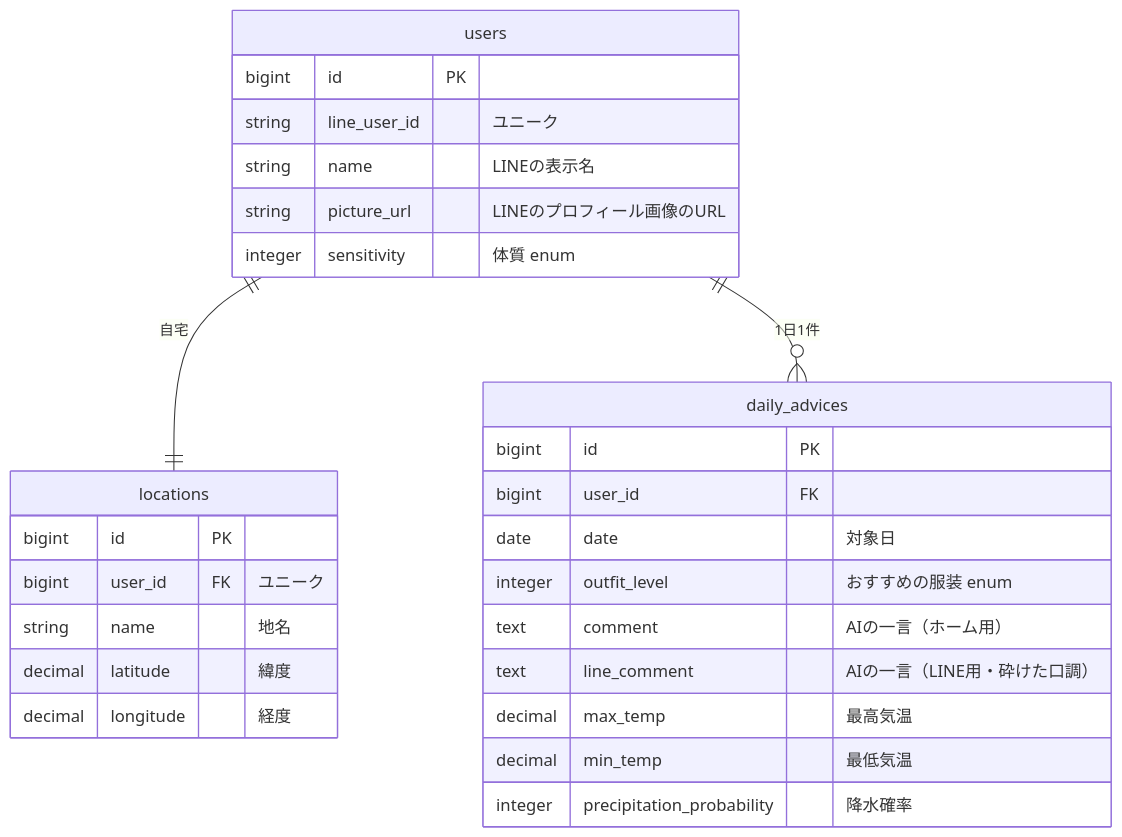
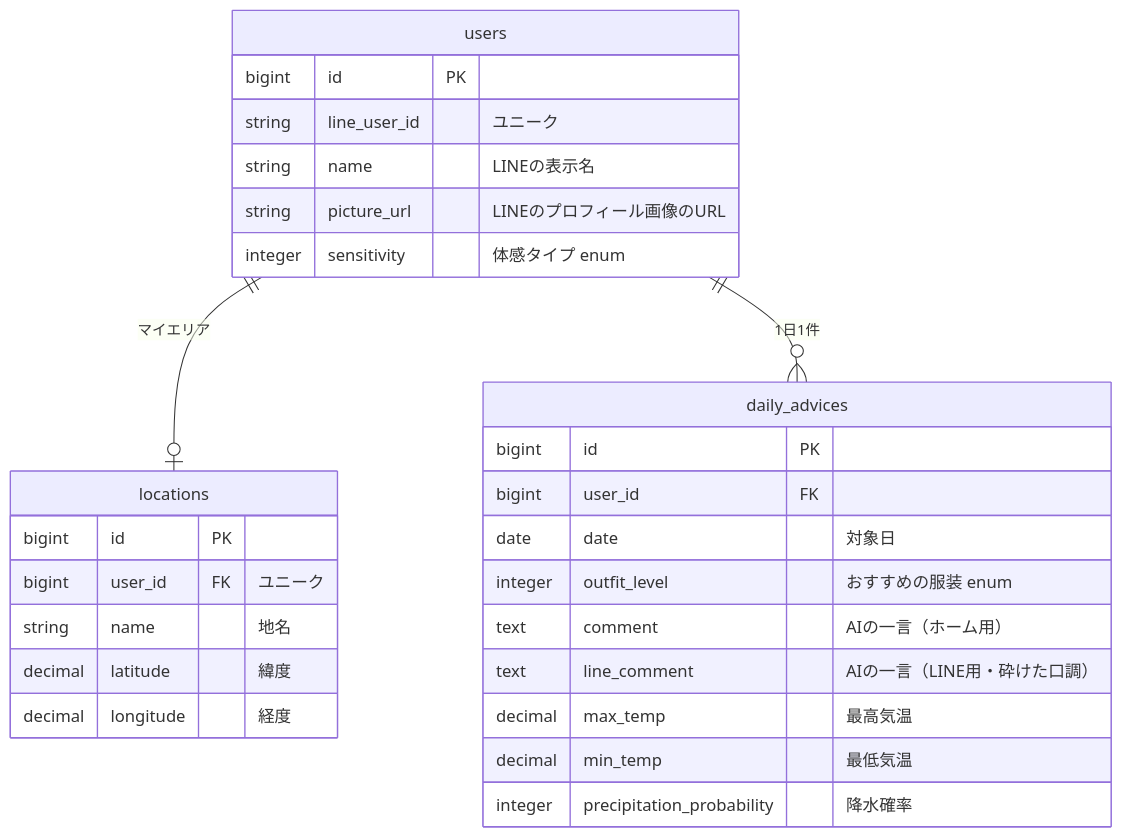
One commit to maichi917/kyo-nani-kiteku changed the diagram in README.md. Above: the diagram before and after it, drawn with Mermaid. The commit also changed other lines of this file and 1 other file, not shown here.

First line of the commit message:
docs: マイエリア・体感タイプの呼び方と設定画面の検索方式を追記 (#6)

````diff
--- a/README.md
+++ b/README.md
@@ -46,33 +46,33 @@
 ```mermaid
 erDiagram
-  users ||--|| locations : "自宅"
+  users ||--o| locations : "マイエリア"
   users ||--o{ daily_advices : "1日1件"
 
   users {
     bigint id PK
     string line_user_id "ユニーク"
     string name "LINEの表示名"
     string picture_url "LINEのプロフィール画像のURL"
-    integer sensitivity "体質 enum"
+    integer sensitivity "体感タイプ enum"
   }
 
   locations {
     bigint id PK
     bigint user_id FK "ユニーク"
     string name "地名"
     decimal latitude "緯度"
     decimal longitude "経度"
   }
 
   daily_advices {
     bigint id PK
     bigint user_id FK
     date date "対象日"
     integer outfit_level "おすすめの服装 enum"
     text comment "AIの一言（ホーム用）"
     text line_comment "AIの一言（LINE用・砕けた口調）"
     decimal max_temp "最高気温"
     decimal min_temp "最低気温"
     integer precipitation_probability "降水確率"
   }
 ```
````
